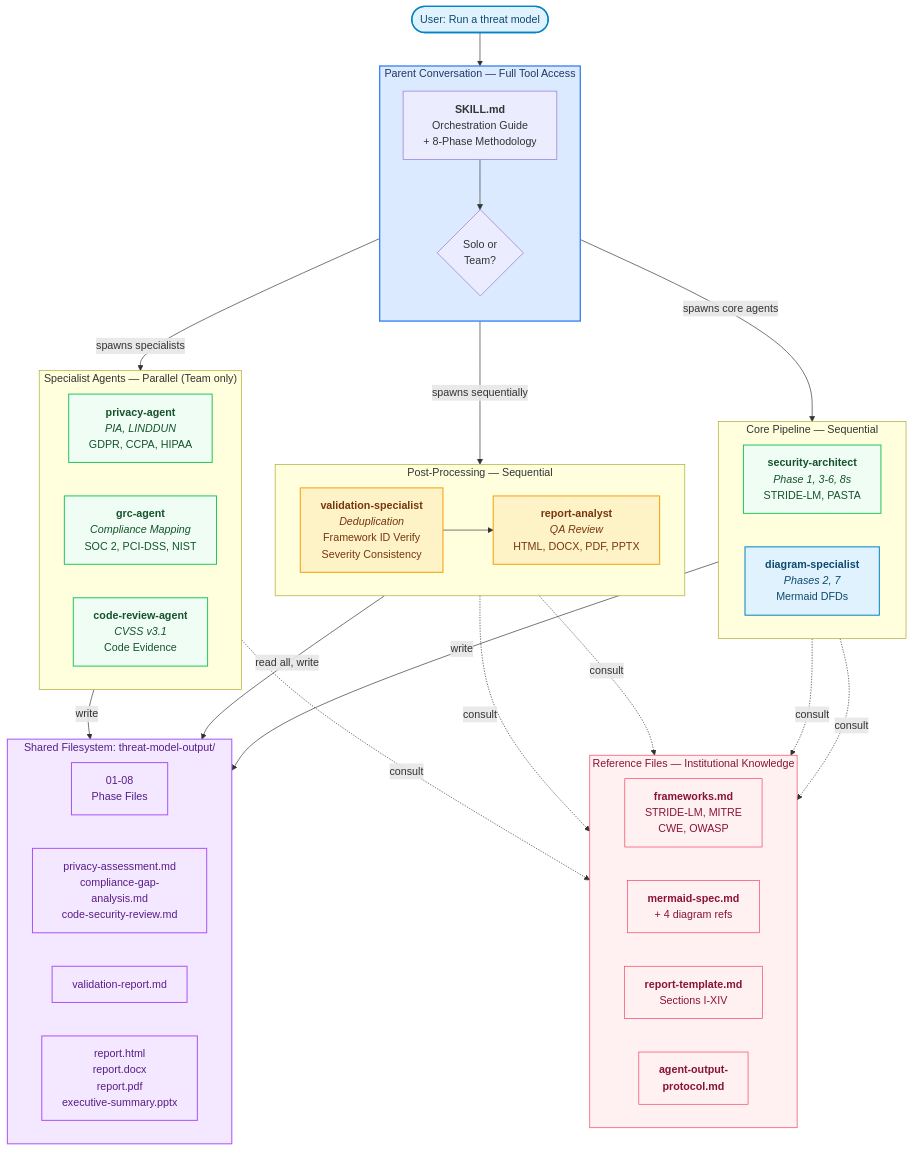
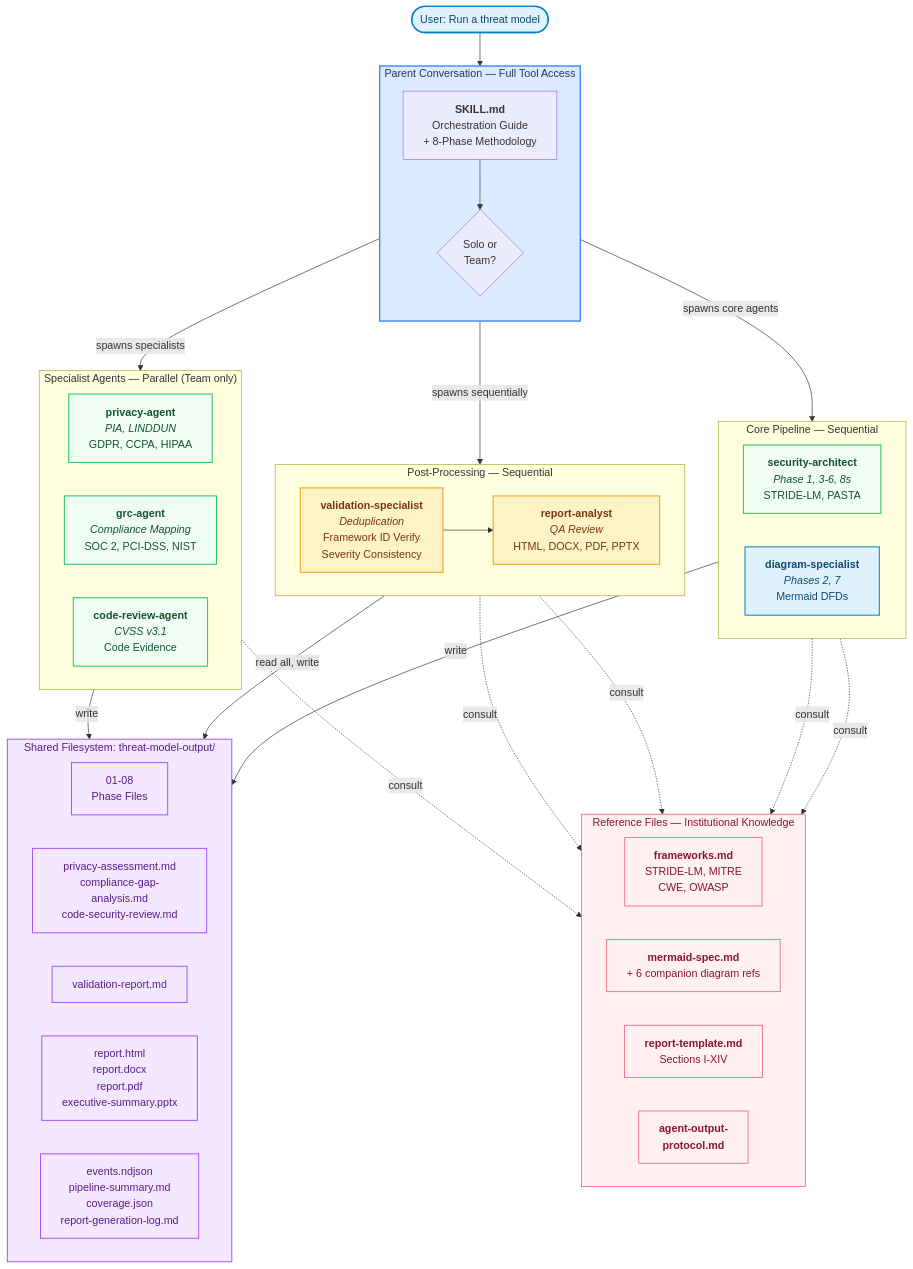
One commit to trwilcoxson/threat-model-suite changed the diagram in docs/diagrams/system-architecture.mmd. Above: the diagram before and after it, drawn with Mermaid. The commit also changed 17 other files, not shown here.

```diff
--- a/docs/diagrams/system-architecture.mmd
+++ b/docs/diagrams/system-architecture.mmd
@@ -1,76 +1,77 @@
 %%{init: {"theme": "base", "themeVariables": {"primaryColor": "#f5f5f5", "primaryTextColor": "#1a1a2e", "primaryBorderColor": "#555", "lineColor": "#4a4a6a", "secondaryColor": "#e8eaf6", "tertiaryColor": "#f5f5f5", "fontSize": "15px", "fontFamily": "'Segoe UI', 'Helvetica Neue', Arial, sans-serif", "edgeLabelBackground": "#ffffffee", "clusterBkg": "#f8f9fa", "clusterBorder": "#dee2e6"}, "flowchart": {"useMaxWidth": false, "htmlLabels": true, "curve": "basis", "padding": 24, "nodeSpacing": 60, "rankSpacing": 70}}}%%
 
 flowchart TB
     User(["User: Run a threat model"])
 
     subgraph Parent["Parent Conversation — Full Tool Access"]
         direction TB
         SKILL["<b>SKILL.md</b><br/>Orchestration Guide<br/>+ 8-Phase Methodology"]
         Decide{"Solo or<br/>Team?"}
         SKILL --> Decide
     end
 
     subgraph Core["Core Pipeline — Sequential"]
         direction LR
         SA["<b>security-architect</b><br/><i>Phase 1, 3-6, 8s</i><br/>STRIDE-LM, PASTA"]
         DS["<b>diagram-specialist</b><br/><i>Phases 2, 7</i><br/>Mermaid DFDs"]
     end
 
     subgraph Specialists["Specialist Agents — Parallel (Team only)"]
         direction LR
         PA["<b>privacy-agent</b><br/><i>PIA, LINDDUN</i><br/>GDPR, CCPA, HIPAA"]
         GRC["<b>grc-agent</b><br/><i>Compliance Mapping</i><br/>SOC 2, PCI-DSS, NIST"]
         CR["<b>code-review-agent</b><br/><i>CVSS v3.1</i><br/>Code Evidence"]
     end
 
     subgraph PostProcess["Post-Processing — Sequential"]
         direction LR
         VS["<b>validation-specialist</b><br/><i>Deduplication</i><br/>Framework ID Verify<br/>Severity Consistency"]
         RA["<b>report-analyst</b><br/><i>QA Review</i><br/>HTML, DOCX, PDF, PPTX"]
         VS --> RA
     end
 
     subgraph FS["Shared Filesystem: threat-model-output/"]
         direction LR
         Phases["01-08<br/>Phase Files"]
         TeamOut["privacy-assessment.md<br/>compliance-gap-analysis.md<br/>code-security-review.md"]
         ValOut["validation-report.md"]
         Reports["report.html<br/>report.docx<br/>report.pdf<br/>executive-summary.pptx"]
+        ObsFS["events.ndjson<br/>pipeline-summary.md<br/>coverage.json<br/>report-generation-log.md"]
     end
 
     subgraph Refs["Reference Files — Institutional Knowledge"]
         direction LR
         R1["<b>frameworks.md</b><br/>STRIDE-LM, MITRE<br/>CWE, OWASP"]
-        R2["<b>mermaid-spec.md</b><br/>+ 4 diagram refs"]
+        R2["<b>mermaid-spec.md</b><br/>+ 6 companion diagram refs"]
         R3["<b>report-template.md</b><br/>Sections I-XIV"]
         R4["<b>agent-output-</b><br/><b>protocol.md</b>"]
     end
 
     User --> Parent
     Parent -->|"spawns core agents"| Core
     Parent -->|"spawns specialists"| Specialists
     Parent -->|"spawns sequentially"| PostProcess
     Core -->|"write"| FS
     Specialists -->|"write"| FS
     PostProcess -->|"read all, write"| FS
     SA -.->|"consult"| R1
     DS -.->|"consult"| R2
     Specialists -.->|"consult"| Refs
     RA -.->|"consult"| R3
     PostProcess -.->|"consult"| Refs
 
     classDef parent fill:#dbeafe,stroke:#3b82f6,stroke-width:2px,color:#1e3a5f
     classDef agent fill:#f0fdf4,stroke:#22c55e,stroke-width:1.5px,color:#14532d
     classDef diagram fill:#e0f2fe,stroke:#0284c7,stroke-width:1.5px,color:#0c4a6e
     classDef post fill:#fef3c7,stroke:#f59e0b,stroke-width:1.5px,color:#78350f
     classDef fs fill:#f3e8ff,stroke:#a855f7,stroke-width:1.5px,color:#581c87
     classDef ref fill:#fff1f2,stroke:#f43f5e,stroke-width:1px,color:#881337
     classDef user fill:#e0f2fe,stroke:#0284c7,stroke-width:2px,color:#0c4a6e
 
     class Parent parent
     class SA,PA,GRC,CR agent
     class DS diagram
     class VS,RA post
-    class FS,Phases,TeamOut,ValOut,Reports fs
+    class FS,Phases,TeamOut,ValOut,Reports,ObsFS fs
     class Refs,R1,R2,R3,R4 ref
     class User user
```
